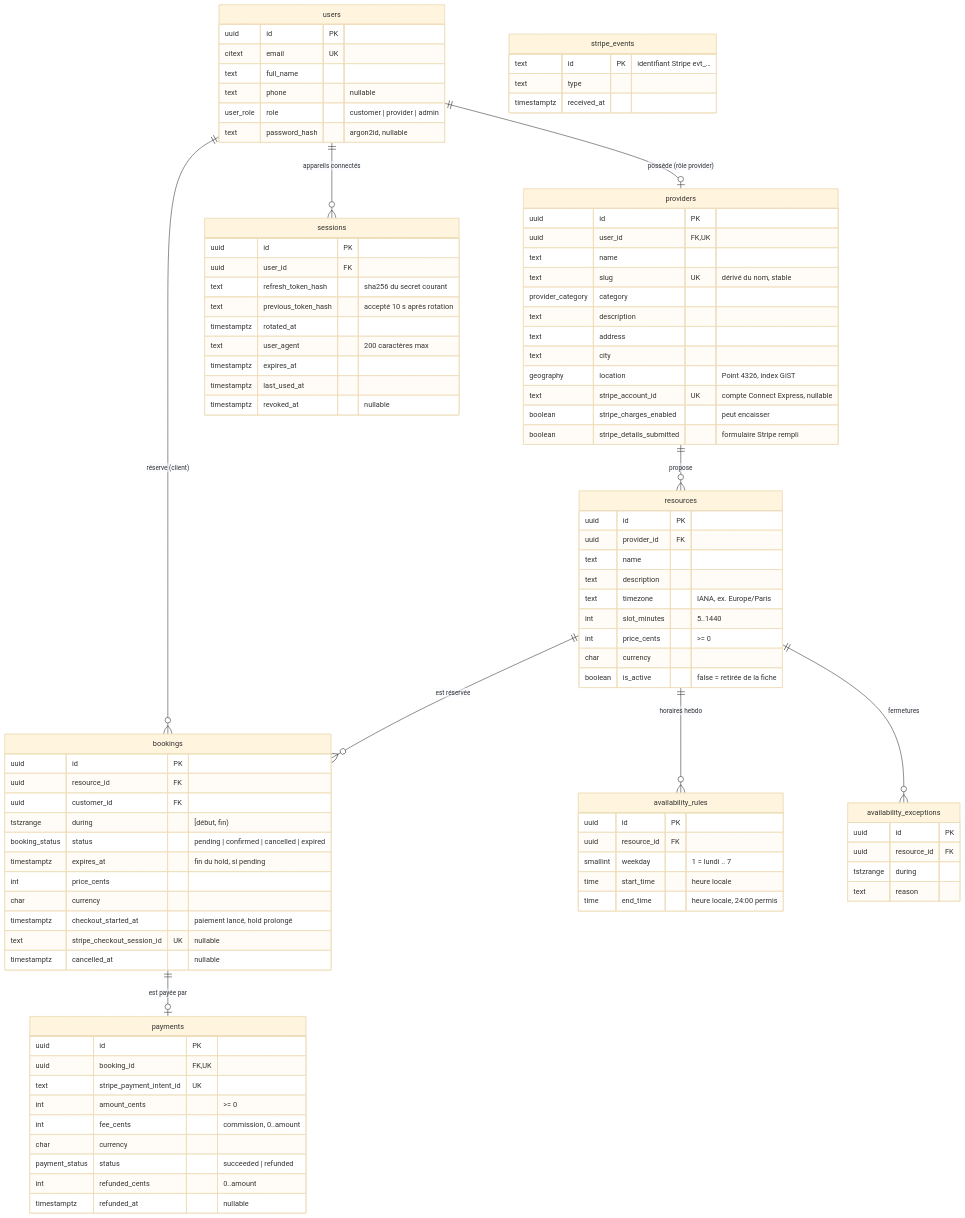
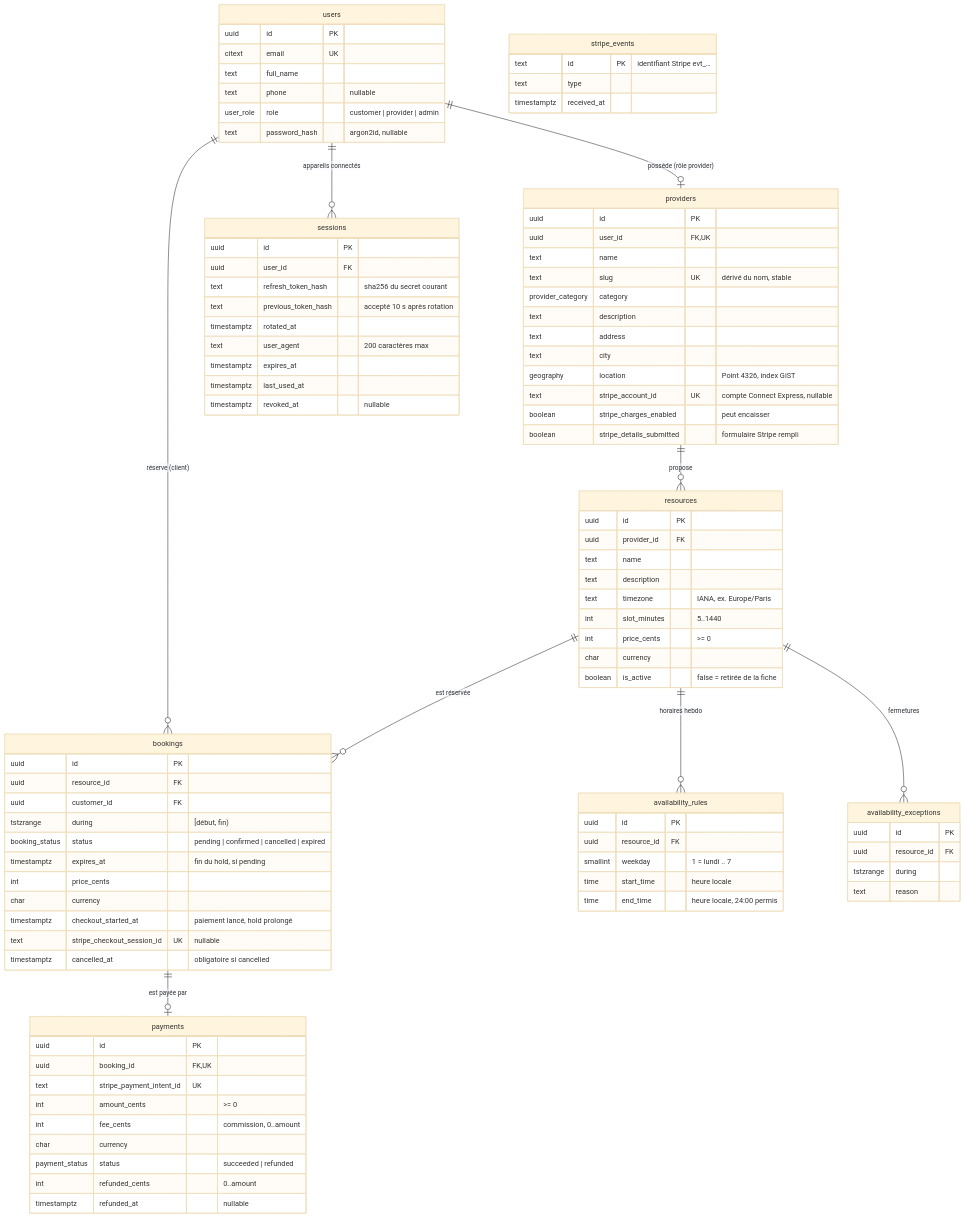
One commit to KasselFelix/Creno changed the diagram in docs/schema.md. Above: the diagram before and after it, drawn with Mermaid (base theme). The commit also changed other lines of this file and 19 other files, not shown here.

```diff
--- a/docs/schema.md
+++ b/docs/schema.md
@@ -81,7 +81,7 @@
     char currency
     timestamptz checkout_started_at "paiement lancé, hold prolongé"
     text stripe_checkout_session_id UK "nullable"
-    timestamptz cancelled_at "nullable"
+    timestamptz cancelled_at "obligatoire si cancelled"
   }
   payments {
     uuid id PK
```
